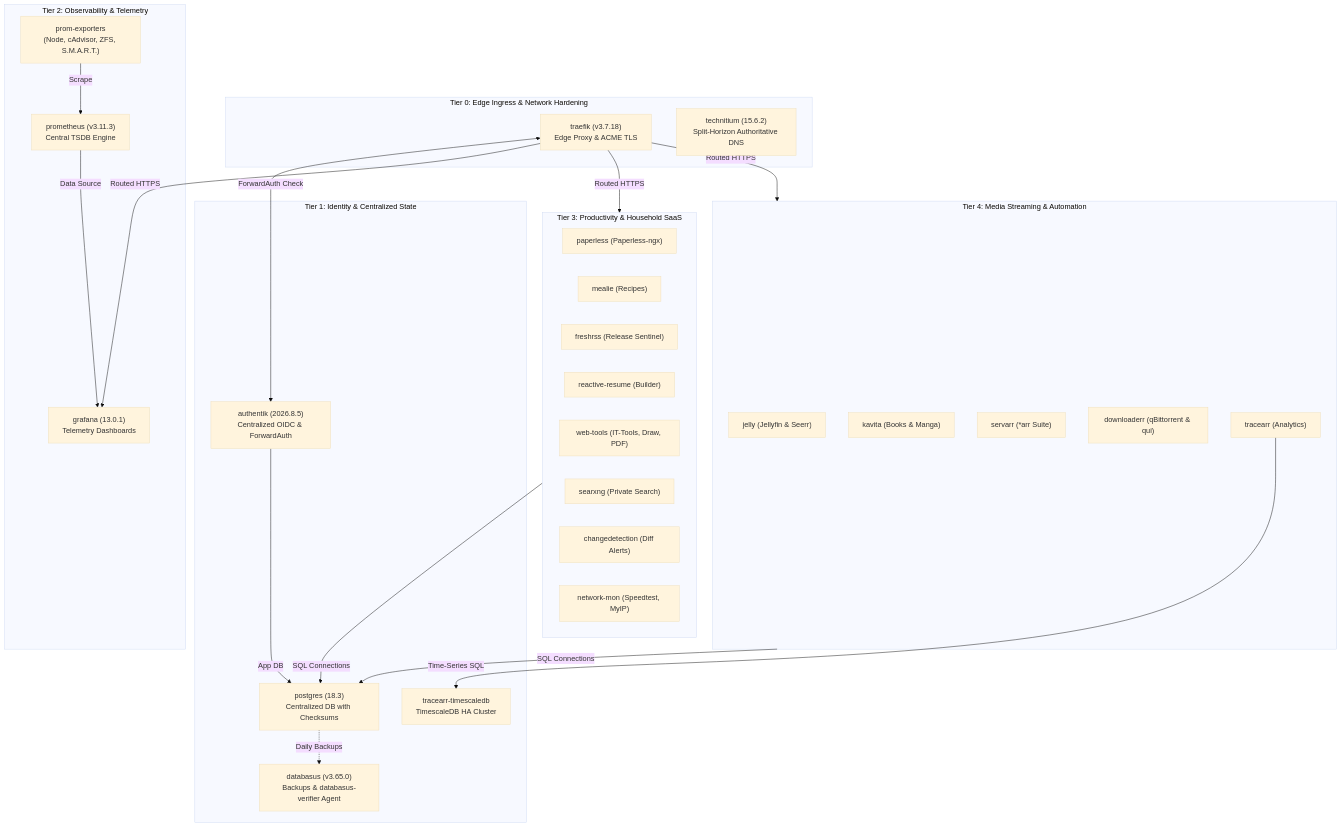
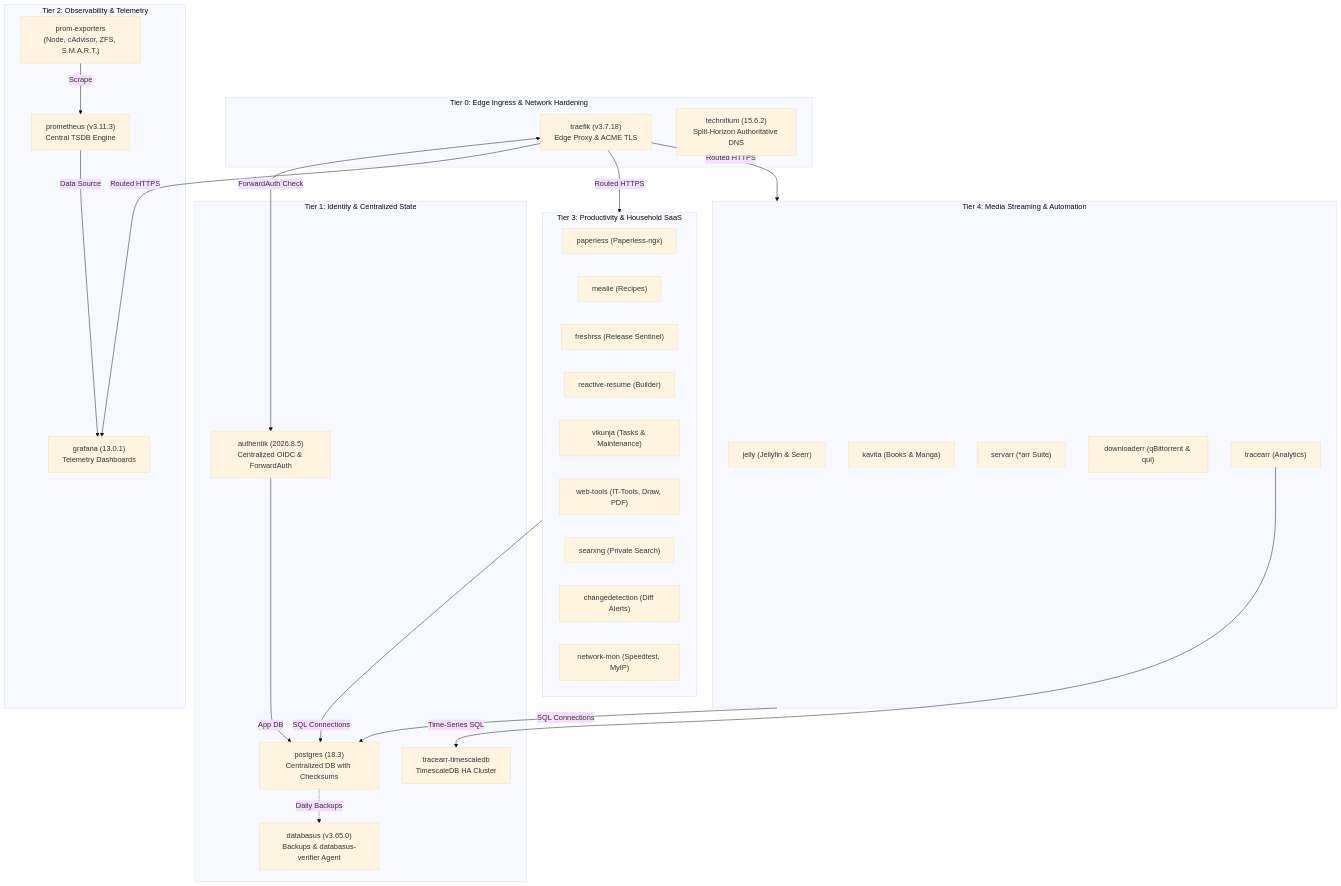
The diagram in compose/README.md (Dr20Ervin/205hlab), drawn with Mermaid (base theme) before and after one commit. The commit also changed other lines of this file and 12 other files, not shown here.

````diff
--- a/compose/README.md
+++ b/compose/README.md
@@ -48,54 +49,55 @@
 ```mermaid
 flowchart TD
     subgraph Layer0["Tier 0: Edge Ingress & Network Hardening"]
         Traefik["traefik (v3.7.18)\nEdge Proxy & ACME TLS"]
         Technitium["technitium (15.6.2)\nSplit-Horizon Authoritative DNS"]
     end
 
     subgraph Layer1["Tier 1: Identity & Centralized State"]
         Authentik["authentik (2026.8.5)\nCentralized OIDC & ForwardAuth"]
         Postgres["postgres (18.3)\nCentralized DB with Checksums"]
         Databasus["databasus (v3.65.0)\nBackups & databasus-verifier Agent"]
         Timescale["tracearr-timescaledb\nTimescaleDB HA Cluster"]
         Postgres -.->|Daily Backups| Databasus
     end
 
     subgraph Layer2["Tier 2: Observability & Telemetry"]
         Prometheus["prometheus (v3.11.3)\nCentral TSDB Engine"]
         Exporters["prom-exporters\n(Node, cAdvisor, ZFS, S.M.A.R.T.)"]
         Grafana["grafana (13.0.1)\nTelemetry Dashboards"]
         Exporters -->|Scrape| Prometheus
         Prometheus -->|Data Source| Grafana
     end
 
     subgraph Layer3["Tier 3: Productivity & Household SaaS"]
         Paperless["paperless (Paperless-ngx)"]
         Mealie["mealie (Recipes)"]
         FreshRSS["freshrss (Release Sentinel)"]
         Resume["reactive-resume (Builder)"]
+        Vikunja["vikunja (Tasks & Maintenance)"]
         WebTools["web-tools (IT-Tools, Draw, PDF)"]
         SearXNG["searxng (Private Search)"]
         ChangeDet["changedetection (Diff Alerts)"]
         NetMon["network-mon (Speedtest, MyIP)"]
     end
 
     subgraph Layer4["Tier 4: Media Streaming & Automation"]
         Jellyfin["jelly (Jellyfin & Seerr)"]
         Kavita["kavita (Books & Manga)"]
         Servarr["servarr (*arr Suite)"]
         Downloaderr["downloaderr (qBittorrent & qui)"]
         Tracearr["tracearr (Analytics)"]
     end
 
     %% Ingress & Auth Wiring
     Traefik <-->|ForwardAuth Check| Authentik
     Traefik -->|Routed HTTPS| Layer3
     Traefik -->|Routed HTTPS| Layer4
     Traefik -->|Routed HTTPS| Grafana
 
     %% Persistence Wiring
     Layer3 -->|SQL Connections| Postgres
     Layer4 -->|SQL Connections| Postgres
     Tracearr -->|Time-Series SQL| Timescale
     Authentik -->|App DB| Postgres
 ```
````
